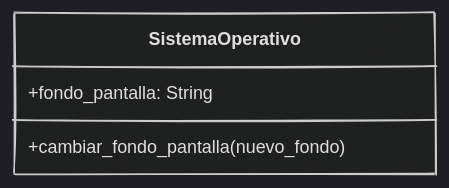
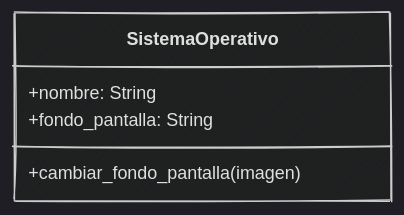
Before and after one commit to python-la-paz/python-study-group-oop: the second of 12 diagrams in content/sesion04/Readme.md, drawn with Mermaid. The commit also changed other lines of this file and 4 other files, not shown here.

````diff
--- a/content/sesion04/Readme.md
+++ b/content/sesion04/Readme.md
@@ -214,8 +213,9 @@
 ```mermaid
 %%{init: {"theme": "dark", "look": "handDrawn" }}%%
 classDiagram
     class SistemaOperativo {
+        +nombre: String
         +fondo_pantalla: String
-        +cambiar_fondo_pantalla(nuevo_fondo)
+        +cambiar_fondo_pantalla(imagen)
     }
 ```
````
